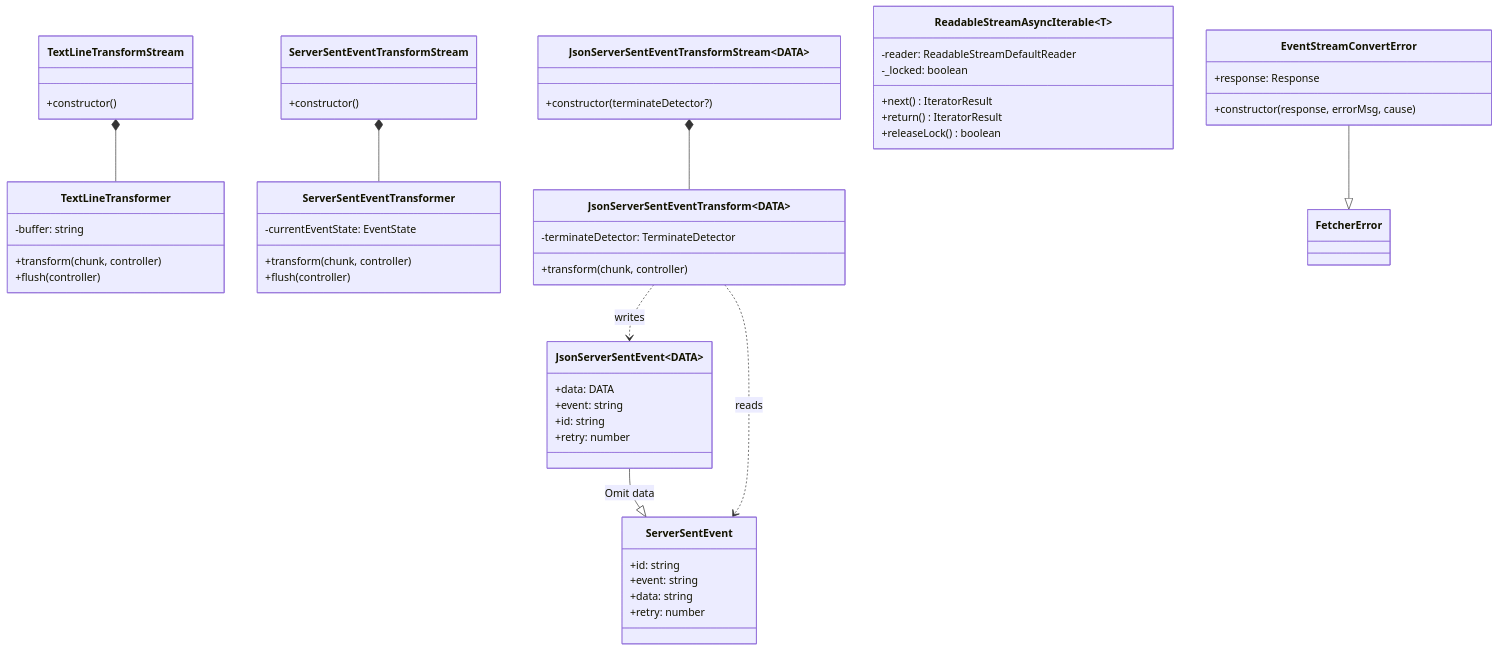
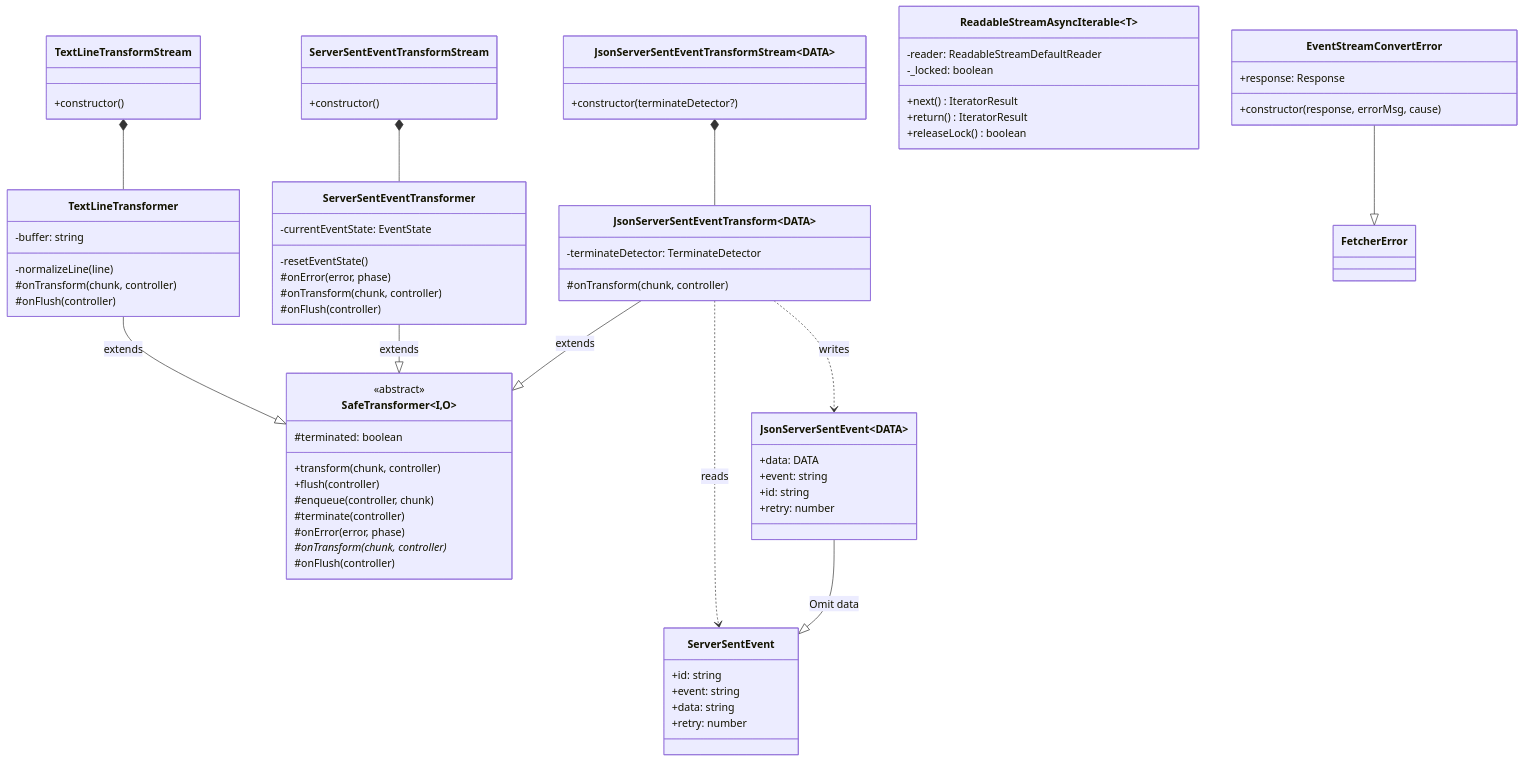
Before and after one commit to Ahoo-Wang/fetcher: the second of 4 diagrams in wiki/architecture/eventstream.md, drawn with Mermaid. The commit also changed other lines of this file and 23 other files, not shown here.

```diff
--- a/wiki/architecture/eventstream.md
+++ b/wiki/architecture/eventstream.md
@@ -96,10 +96,23 @@
     +constructor()
   }
 
+  class SafeTransformer~I,O~ {
+    <<abstract>>
+    #terminated: boolean
+    +transform(chunk, controller)
+    +flush(controller)
+    #enqueue(controller, chunk)
+    #terminate(controller)
+    #onError(error, phase)
+    #onTransform(chunk, controller)*
+    #onFlush(controller)
+  }
+
   class TextLineTransformer {
     -buffer: string
-    +transform(chunk, controller)
-    +flush(controller)
+    -normalizeLine(line)
+    #onTransform(chunk, controller)
+    #onFlush(controller)
   }
 
   class ServerSentEventTransformStream {
@@ -108,8 +121,10 @@
 
   class ServerSentEventTransformer {
     -currentEventState: EventState
-    +transform(chunk, controller)
-    +flush(controller)
+    -resetEventState()
+    #onError(error, phase)
+    #onTransform(chunk, controller)
+    #onFlush(controller)
   }
 
   class JsonServerSentEventTransformStream~DATA~ {
@@ -118,7 +133,7 @@
 
   class JsonServerSentEventTransform~DATA~ {
     -terminateDetector: TerminateDetector
-    +transform(chunk, controller)
+    #onTransform(chunk, controller)
   }
 
   class ReadableStreamAsyncIterable~T~ {
@@ -135,6 +150,9 @@
   }
 
   JsonServerSentEvent --|> ServerSentEvent : Omit data
+  TextLineTransformer --|> SafeTransformer : extends
+  ServerSentEventTransformer --|> SafeTransformer : extends
+  JsonServerSentEventTransform --|> SafeTransformer : extends
   TextLineTransformStream *-- TextLineTransformer
   ServerSentEventTransformStream *-- ServerSentEventTransformer
   JsonServerSentEventTransformStream *-- JsonServerSentEventTransform
```
